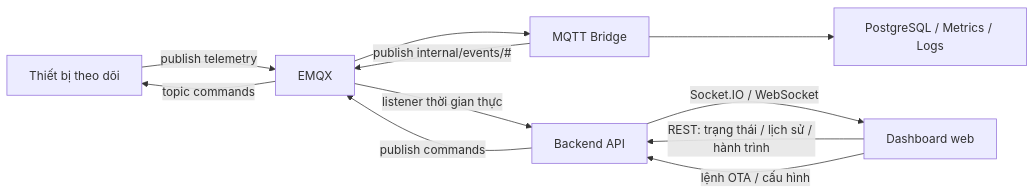
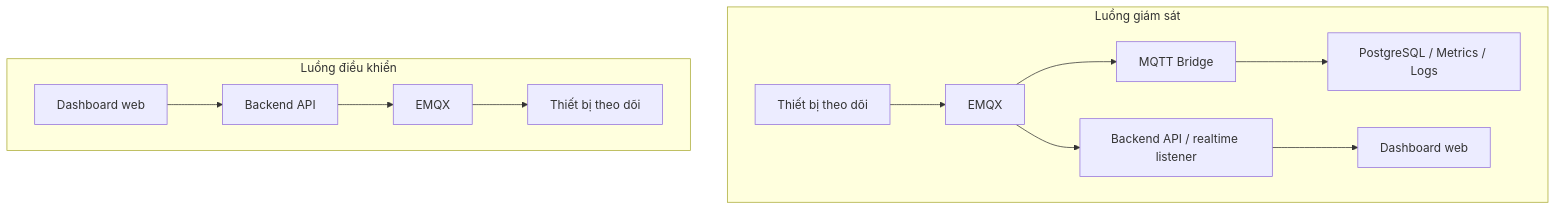
One commit to anmh1205/IoT_Vehicle_Tracking_System changed the diagram in resources/reports/thesis/final/assets/uml/05-chuong-3-giai-phap-backend-hinh-3-12a.mmd. Above: the diagram before and after it, drawn with Mermaid. The commit also changed 337 other files, not shown here.

```diff
--- a/resources/reports/thesis/final/assets/uml/05-chuong-3-giai-phap-backend-hinh-3-12a.mmd
+++ b/resources/reports/thesis/final/assets/uml/05-chuong-3-giai-phap-backend-hinh-3-12a.mmd
@@ -1,13 +1,16 @@
-flowchart LR
-    Device["Thiết bị theo dõi"] -->|publish telemetry| Broker["EMQX"]
-    Broker --> Bridge["MQTT Bridge"]
-    Bridge --> Stores["PostgreSQL / Metrics / Logs"]
-    Bridge -->|publish internal/events/#| Broker
+flowchart TB
+    subgraph Up["Luồng giám sát"]
+        direction LR
+        DevUp["Thiết bị theo dõi"] --> BrokerUp["EMQX"]
+        BrokerUp --> BridgeUp["MQTT Bridge"]
+        BridgeUp --> StoreUp["PostgreSQL / Metrics / Logs"]
+        BrokerUp --> ApiUp["Backend API / realtime listener"]
+        ApiUp --> DashUp["Dashboard web"]
+    end
 
-    Dashboard["Dashboard web"] -->|REST: trạng thái / lịch sử / hành trình| API["Backend API"]
-    Broker -->|listener thời gian thực| API
-    API -->|Socket.IO / WebSocket| Dashboard
-
-    Dashboard -->|lệnh OTA / cấu hình| API
-    API -->|publish commands| Broker
-    Broker -->|topic commands| Device
+    subgraph Down["Luồng điều khiển"]
+        direction LR
+        DashDown["Dashboard web"] --> ApiDown["Backend API"]
+        ApiDown --> BrokerDown["EMQX"]
+        BrokerDown --> DevDown["Thiết bị theo dõi"]
+    end
```
